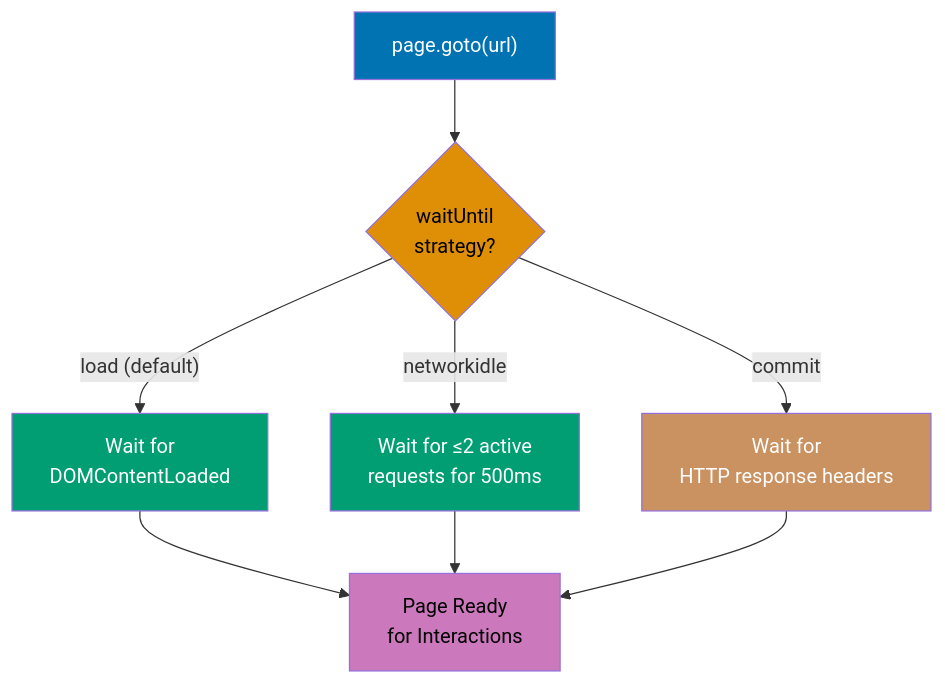
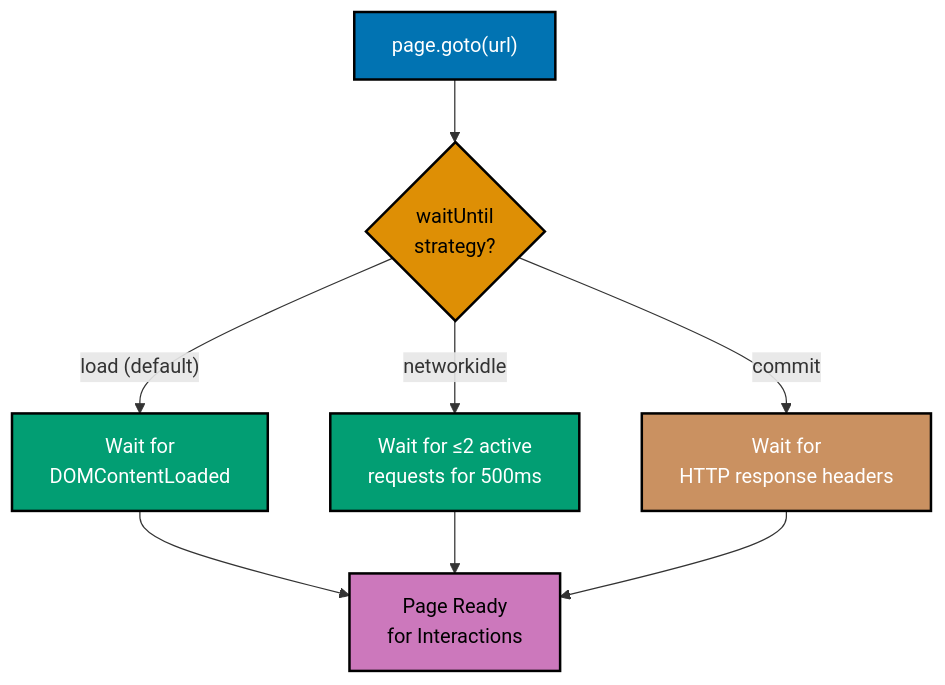
The third of 15 diagrams in apps/ayokoding-web/content/en/learn/software-engineering/automation-testing/tools/playwright/by-example/beginner.md (wahidyankf/open-sharia-enterprise), drawn with Mermaid before and after one commit. The commit also changed other lines of this file and 25 other files, not shown here.

````diff
--- a/apps/ayokoding-web/content/en/learn/software-engineering/automation-testing/tools/playwright/by-example/beginner.md
+++ b/apps/ayokoding-web/content/en/learn/software-engineering/automation-testing/tools/playwright/by-example/beginner.md
@@ -140,18 +140,18 @@
 ```mermaid
 %% Color Palette: Blue #0173B2, Orange #DE8F05, Teal #029E73, Purple #CC78BC, Brown #CA9161
 graph TD
     Nav["page.goto(url)"] --> Decision{"waitUntil<br/>strategy?"}
     Decision -->|"load (default)"| Load["Wait for<br/>DOMContentLoaded"]
     Decision -->|"networkidle"| Idle["Wait for ≤2 active<br/>requests for 500ms"]
     Decision -->|"commit"| Commit["Wait for<br/>HTTP response headers"]
     Load --> Ready["Page Ready<br/>for Interactions"]
     Idle --> Ready
     Commit --> Ready
 
-    style Nav fill:#0173B2,color:#fff
-    style Decision fill:#DE8F05,color:#000
-    style Load fill:#029E73,color:#fff
-    style Idle fill:#029E73,color:#fff
-    style Commit fill:#CA9161,color:#fff
-    style Ready fill:#CC78BC,color:#000
+    style Nav fill:#0173B2,stroke:#000000,stroke-width:2px,color:#fff
+    style Decision fill:#DE8F05,stroke:#000000,stroke-width:2px,color:#000
+    style Load fill:#029E73,stroke:#000000,stroke-width:2px,color:#fff
+    style Idle fill:#029E73,stroke:#000000,stroke-width:2px,color:#fff
+    style Commit fill:#CA9161,stroke:#000000,stroke-width:2px,color:#fff
+    style Ready fill:#CC78BC,stroke:#000000,stroke-width:2px,color:#000
 ```
````
